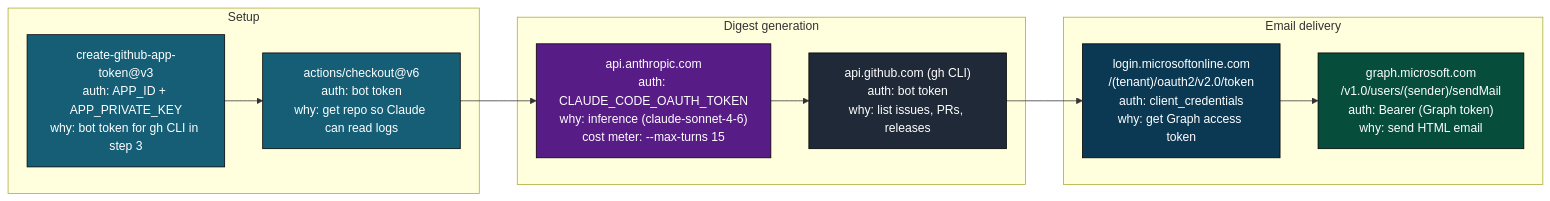
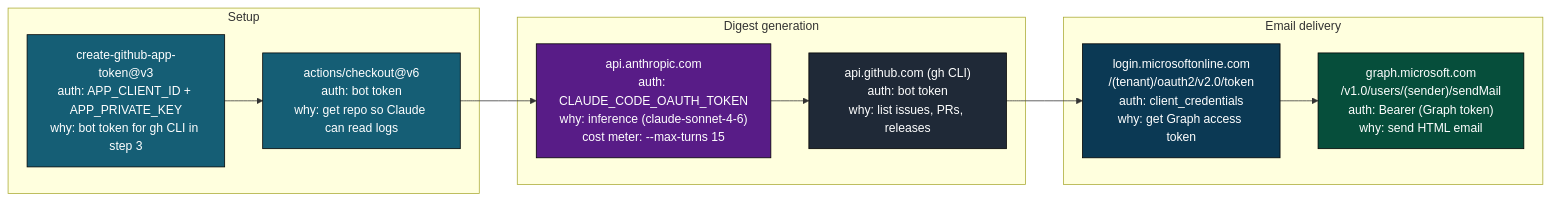
One commit to llm-exe/llm-exe changed the seventh of 13 diagrams in .github/docs/AGENT_DIGEST_DEEP_DIVE.md. Above: the diagram before and after it, drawn with Mermaid. The commit also changed other lines of this file and 13 other files, not shown here.

Commit message:
fix: update references from APP_ID to APP_CLIENT_ID in documentation

````diff
--- a/.github/docs/AGENT_DIGEST_DEEP_DIVE.md
+++ b/.github/docs/AGENT_DIGEST_DEEP_DIVE.md
@@ -301,29 +301,29 @@
 ```mermaid
 flowchart LR
     classDef pre fill:#155e75,color:#fff,stroke:#000
     classDef llm fill:#581c87,color:#fff,stroke:#000
     classDef gh fill:#1f2937,color:#fff,stroke:#000
     classDef az fill:#0b3954,color:#fff,stroke:#000
     classDef mg fill:#064e3b,color:#fff,stroke:#000
 
     subgraph Pre["Setup"]
-        c1["create-github-app-token@v3\nauth: APP_ID + APP_PRIVATE_KEY\nwhy: bot token for gh CLI in step 3"]:::pre
+        c1["create-github-app-token@v3\nauth: APP_CLIENT_ID + APP_PRIVATE_KEY\nwhy: bot token for gh CLI in step 3"]:::pre
         c2["actions/checkout@v6\nauth: bot token\nwhy: get repo so Claude can read logs"]:::pre
     end
 
     subgraph During["Digest generation"]
         d1["api.anthropic.com\nauth: CLAUDE_CODE_OAUTH_TOKEN\nwhy: inference (claude-sonnet-4-6)\ncost meter: --max-turns 15"]:::llm
         d2["api.github.com (gh CLI)\nauth: bot token\nwhy: list issues, PRs, releases"]:::gh
     end
 
     subgraph Send["Email delivery"]
         e1["login.microsoftonline.com\n/(tenant)/oauth2/v2.0/token\nauth: client_credentials\nwhy: get Graph access token"]:::az
         e2["graph.microsoft.com\n/v1.0/users/(sender)/sendMail\nauth: Bearer (Graph token)\nwhy: send HTML email"]:::mg
     end
 
     c1 --> c2
     c2 --> d1
     d1 --> d2
     d2 --> e1
     e1 --> e2
 ```
````
